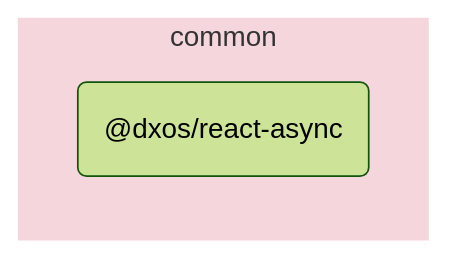
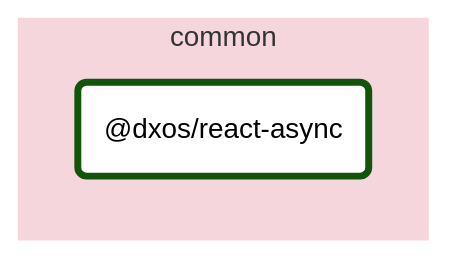
Before and after one commit to dxos/dxos: the diagram in packages/common/react-async/docs/README.md, drawn with Mermaid (forest theme). The commit also changed other lines of this file and 88 other files, not shown here.

````diff
--- a/packages/common/react-async/docs/README.md
+++ b/packages/common/react-async/docs/README.md
@@ -5,9 +7,12 @@
 ```mermaid
 flowchart LR;
+
+style dxos/react-async fill:#fff,stroke-width:4px;
+
 
 subgraph common
   style common fill:#f5d6dd,stroke:#fff;
   dxos/react-async("@dxos/react-async");
 end
 
 ```
````
